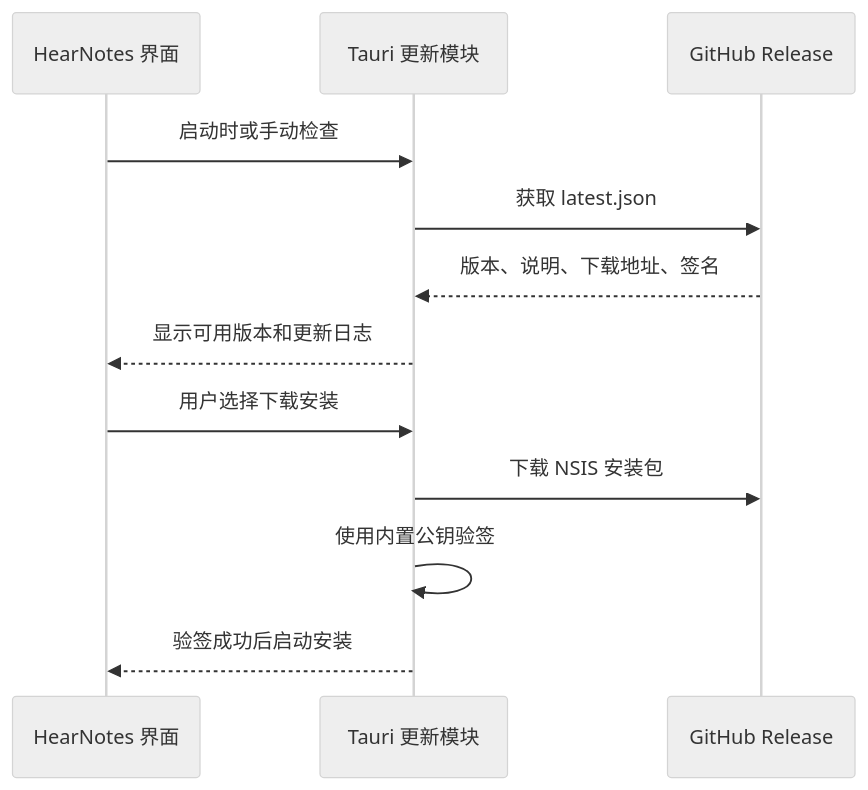
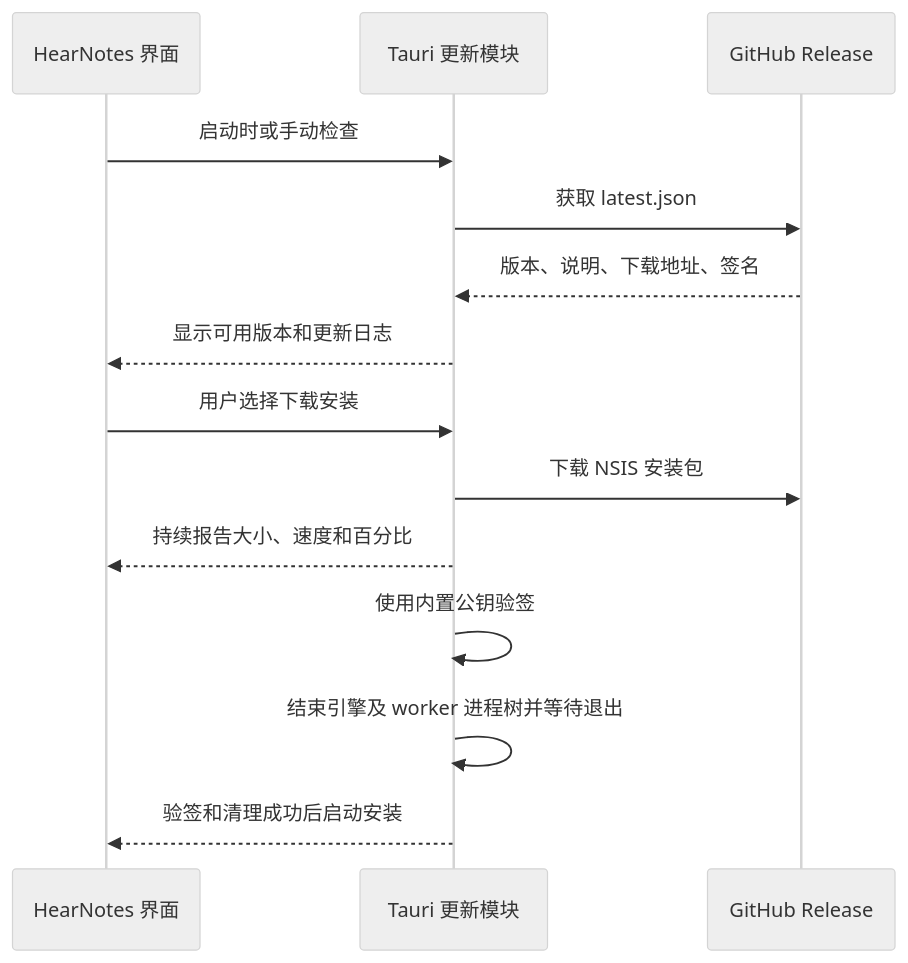
The second of 2 diagrams in docs/SYSTEM_ARCHITECTURE.md (KonaLz/HearNotes), drawn with Mermaid (neutral theme) before and after one commit. The commit also changed other lines of this file and 14 other files, not shown here.

````diff
--- a/docs/SYSTEM_ARCHITECTURE.md
+++ b/docs/SYSTEM_ARCHITECTURE.md
@@ -86,14 +88,16 @@
 ```mermaid
 sequenceDiagram
     participant UI as HearNotes 界面
     participant Rust as Tauri 更新模块
     participant GH as GitHub Release
     UI->>Rust: 启动时或手动检查
     Rust->>GH: 获取 latest.json
     GH-->>Rust: 版本、说明、下载地址、签名
     Rust-->>UI: 显示可用版本和更新日志
     UI->>Rust: 用户选择下载安装
     Rust->>GH: 下载 NSIS 安装包
+    Rust-->>UI: 持续报告大小、速度和百分比
     Rust->>Rust: 使用内置公钥验签
-    Rust-->>UI: 验签成功后启动安装
+    Rust->>Rust: 结束引擎及 worker 进程树并等待退出
+    Rust-->>UI: 验签和清理成功后启动安装
 ```
````
